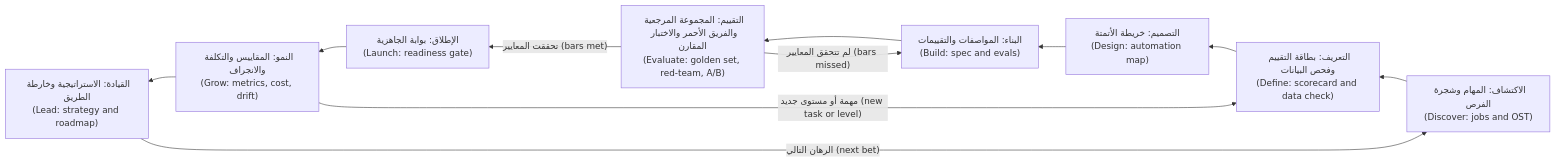
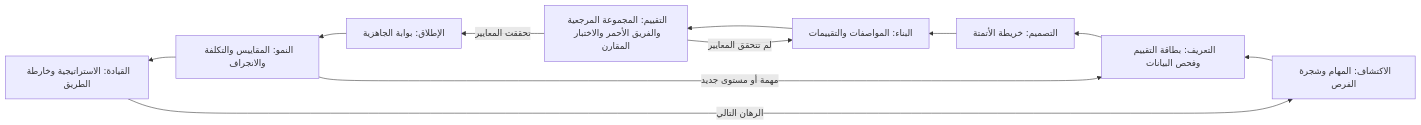
One commit to Tamoura/system-design-for-vibe-coders changed the first of 2 diagrams in aipm/modules/10-capstone.ar.md. Above: the diagram before and after it, drawn with Mermaid. The commit also changed other lines of this file and 551 other files, not shown here.

````diff
--- a/aipm/modules/10-capstone.ar.md
+++ b/aipm/modules/10-capstone.ar.md
@@ -77,13 +77,13 @@
 ```mermaid
 flowchart RL
-  D["الاكتشاف: المهام وشجرة الفرص<br/>(Discover: jobs and OST)"] --> F["التعريف: بطاقة التقييم وفحص البيانات<br/>(Define: scorecard and data check)"]
-  F --> G["التصميم: خريطة الأتمتة<br/>(Design: automation map)"]
-  G --> B["البناء: المواصفات والتقييمات<br/>(Build: spec and evals)"]
-  B --> E["التقييم: المجموعة المرجعية والفريق الأحمر والاختبار المقارن<br/>(Evaluate: golden set, red-team, A/B)"]
-  E -->|"تحققت المعايير (bars met)"| L["الإطلاق: بوابة الجاهزية<br/>(Launch: readiness gate)"]
-  E -->|"لم تتحقق المعايير (bars missed)"| B
-  L --> R["النمو: المقاييس والتكلفة والانجراف<br/>(Grow: metrics, cost, drift)"]
-  R -->|"مهمة أو مستوى جديد (new task or level)"| F
-  R --> K["القيادة: الاستراتيجية وخارطة الطريق<br/>(Lead: strategy and roadmap)"]
-  K -->|"الرهان التالي (next bet)"| D
+  D["الاكتشاف: المهام وشجرة الفرص"] --> F["التعريف: بطاقة التقييم وفحص البيانات"]
+  F --> G["التصميم: خريطة الأتمتة"]
+  G --> B["البناء: المواصفات والتقييمات"]
+  B --> E["التقييم: المجموعة المرجعية والفريق الأحمر والاختبار المقارن"]
+  E -->|"تحققت المعايير"| L["الإطلاق: بوابة الجاهزية"]
+  E -->|"لم تتحقق المعايير"| B
+  L --> R["النمو: المقاييس والتكلفة والانجراف"]
+  R -->|"مهمة أو مستوى جديد"| F
+  R --> K["القيادة: الاستراتيجية وخارطة الطريق"]
+  K -->|"الرهان التالي"| D
 ```
````
